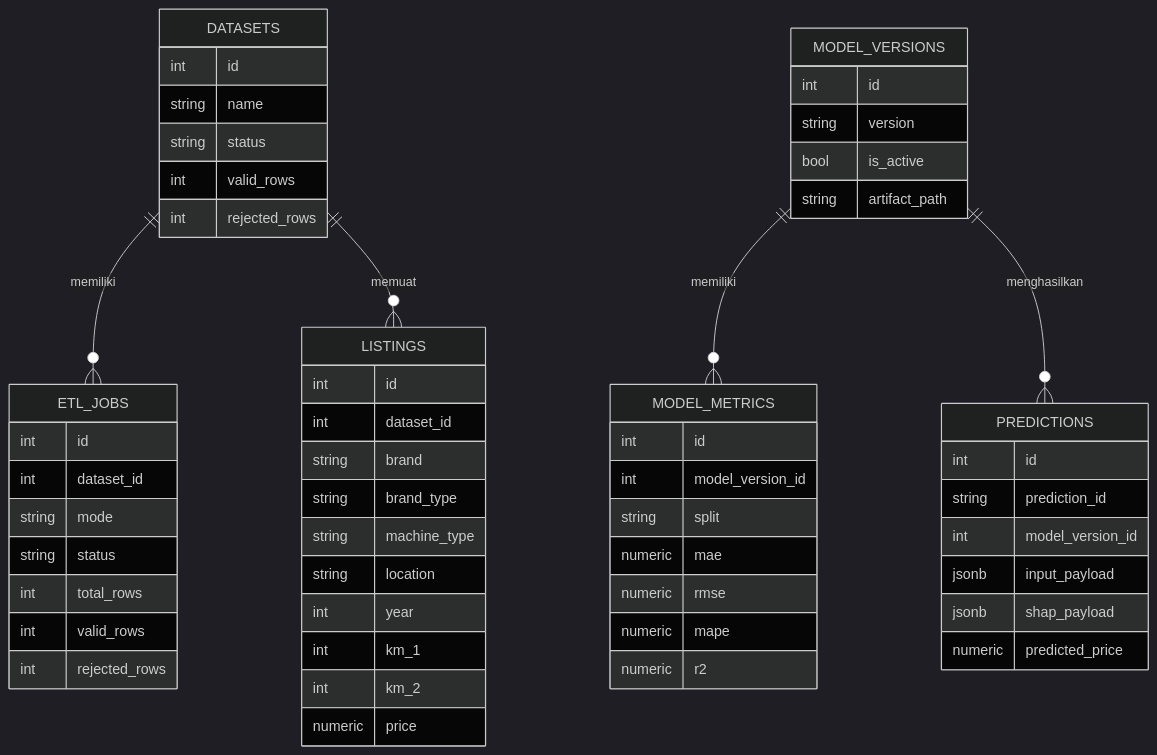
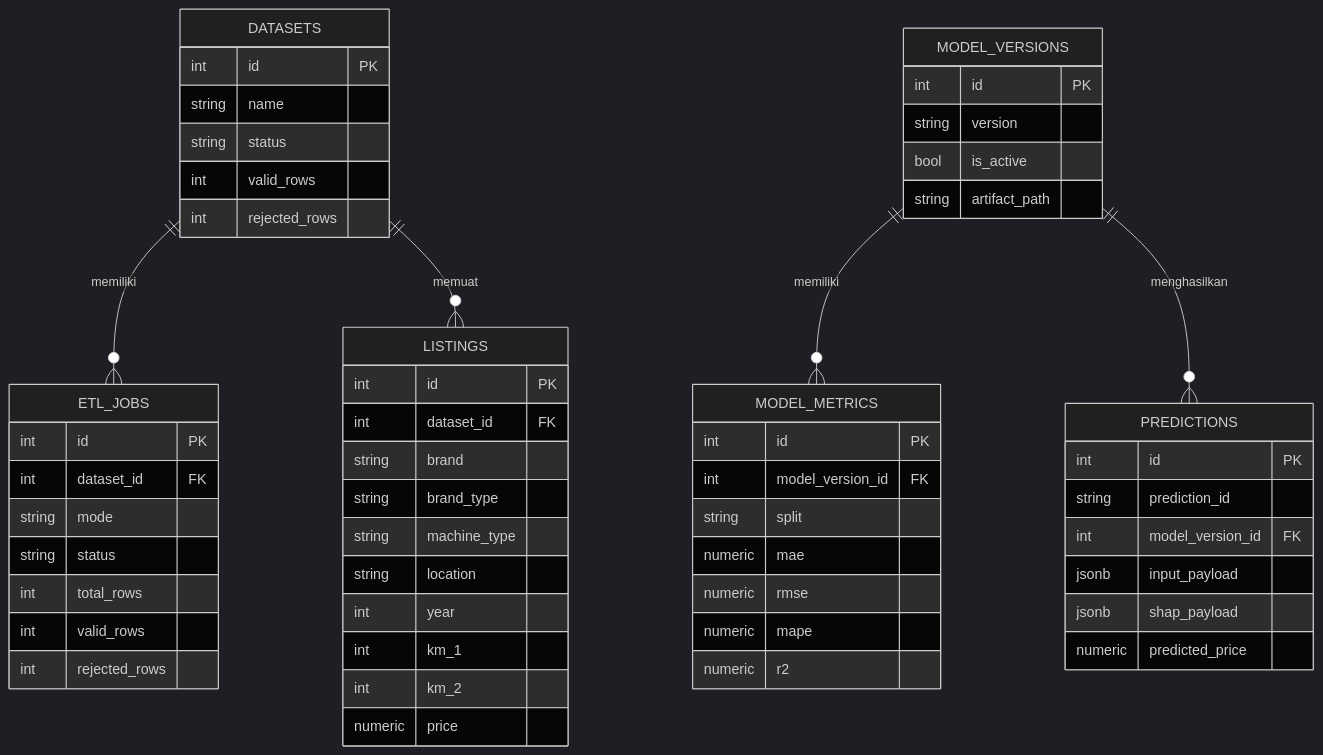
Diagram 13 of 13 in README.md (RistoKuy/XAI_Car_CP), drawn with Mermaid (dark theme) before and after one commit. The commit also changed other lines of this file, not shown here.

````diff
--- a/README.md
+++ b/README.md
@@ -1135,59 +1347,59 @@
 ```mermaid
 erDiagram
     DATASETS ||--o{ ETL_JOBS : "memiliki"
     DATASETS ||--o{ LISTINGS : "memuat"
     MODEL_VERSIONS ||--o{ MODEL_METRICS : "memiliki"
     MODEL_VERSIONS ||--o{ PREDICTIONS : "menghasilkan"
 
     DATASETS {
-        int id
+        int id PK
         string name
         string status
         int valid_rows
         int rejected_rows
     }
     ETL_JOBS {
-        int id
-        int dataset_id
+        int id PK
+        int dataset_id FK
         string mode
         string status
         int total_rows
         int valid_rows
         int rejected_rows
     }
     LISTINGS {
-        int id
-        int dataset_id
+        int id PK
+        int dataset_id FK
         string brand
         string brand_type
         string machine_type
         string location
         int year
         int km_1
         int km_2
         numeric price
     }
     MODEL_VERSIONS {
-        int id
+        int id PK
         string version
         bool is_active
         string artifact_path
     }
     MODEL_METRICS {
-        int id
-        int model_version_id
+        int id PK
+        int model_version_id FK
         string split
         numeric mae
         numeric rmse
         numeric mape
         numeric r2
     }
     PREDICTIONS {
-        int id
+        int id PK
         string prediction_id
-        int model_version_id
+        int model_version_id FK
         jsonb input_payload
         jsonb shap_payload
         numeric predicted_price
     }
 ```
````
